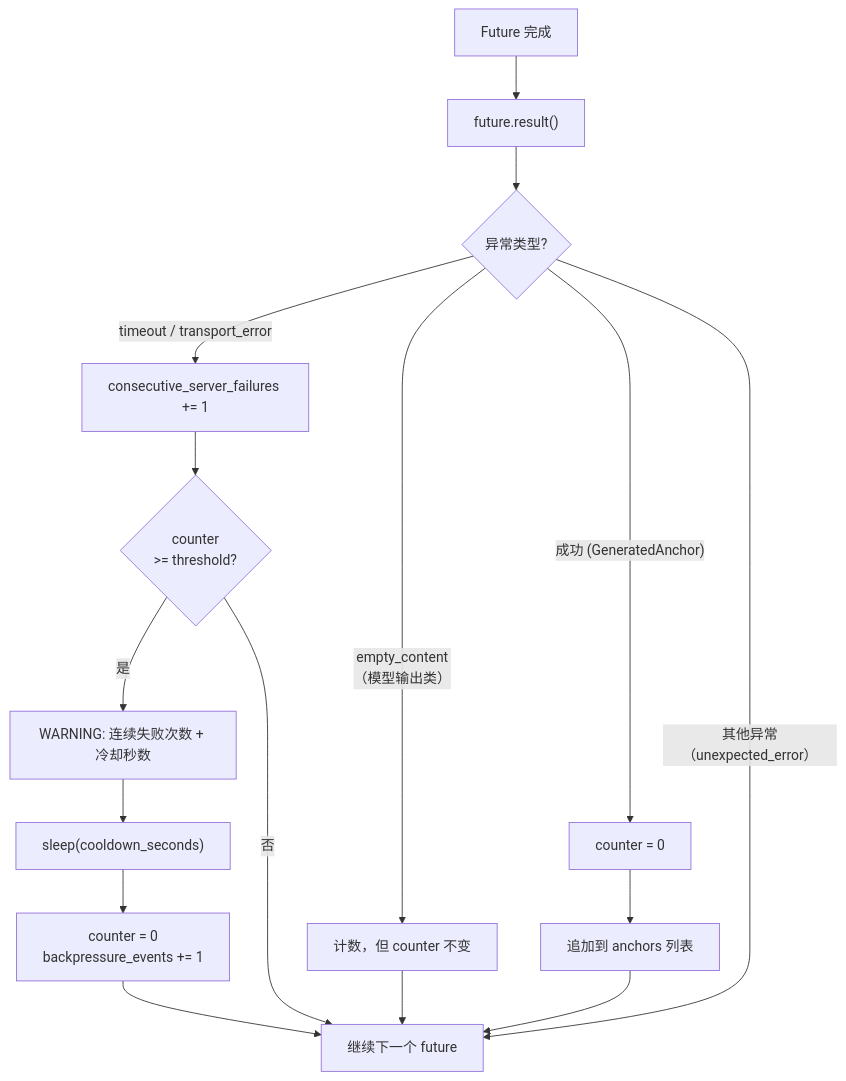
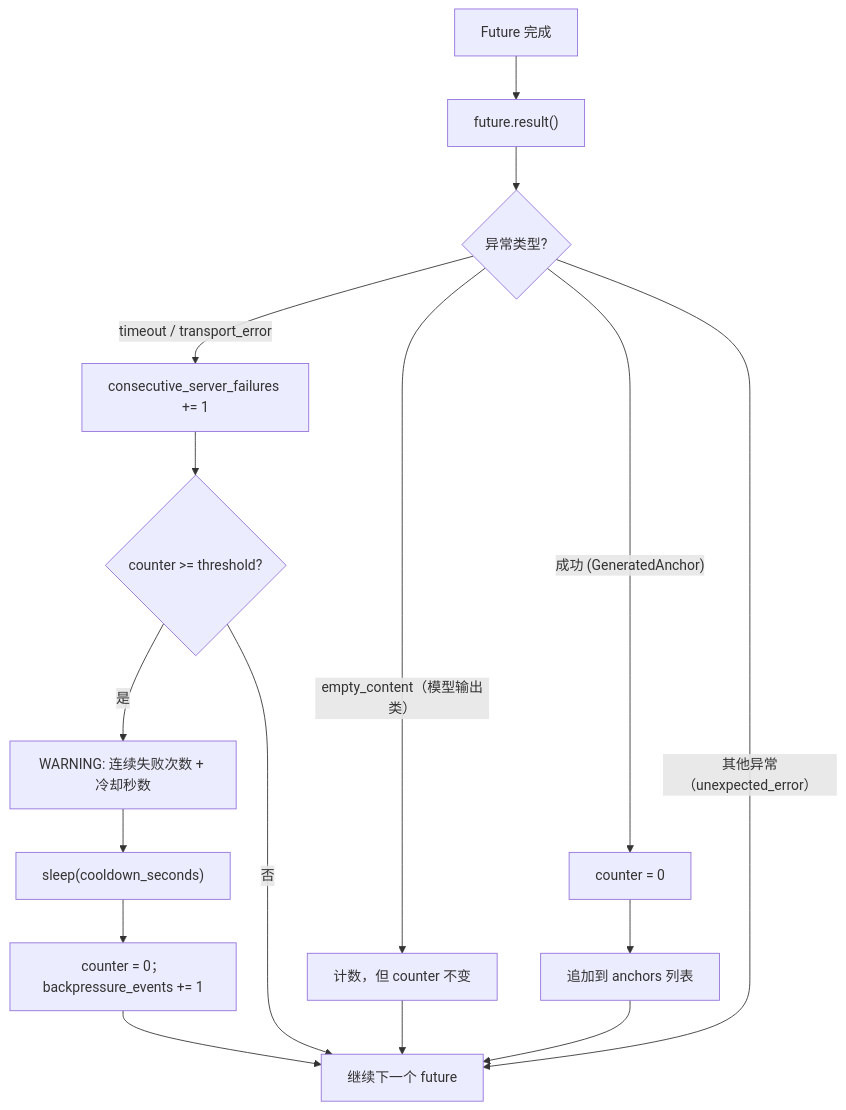
One commit to godthrone/anchor-replay-distillation changed the eighth of 10 diagrams in docs/architecture.md. Above: the diagram before and after it, drawn with Mermaid. The commit also changed other lines of this file, not shown here.

First line of the commit message:
docs(architecture): align module map and appendix with src/ard, sink impl details

````diff
--- a/docs/architecture.md
+++ b/docs/architecture.md
@@ -649,22 +1076,18 @@
 ```mermaid
 flowchart TD
     START["Future 完成"] --> GET["future.result()"]
     GET --> CHECK{"异常类型?"}
-
     CHECK -->|"timeout / transport_error"| INC["consecutive_server_failures += 1"]
-    INC --> THRESH{"counter<br/>>= threshold?"}
+    INC --> THRESH{"counter >= threshold?"}
     THRESH -->|"是"| WARN["WARNING: 连续失败次数 + 冷却秒数"]
     WARN --> SLEEP["sleep(cooldown_seconds)"]
-    SLEEP --> RESET["counter = 0<br/>backpressure_events += 1"]
+    SLEEP --> RESET["counter = 0；backpressure_events += 1"]
     RESET --> NEXT["继续下一个 future"]
     THRESH -->|"否"| NEXT
-
-    CHECK -->|"empty_content<br/>（模型输出类）"| COUNT["计数，但 counter 不变"]
+    CHECK -->|"empty_content（模型输出类）"| COUNT["计数，但 counter 不变"]
     COUNT --> NEXT
-
     CHECK -->|"成功 (GeneratedAnchor)"| RESET_OK["counter = 0"]
     RESET_OK --> APPEND["追加到 anchors 列表"]
     APPEND --> NEXT
-
     CHECK -->|"其他异常（unexpected_error）"| NEXT
 ```
````
